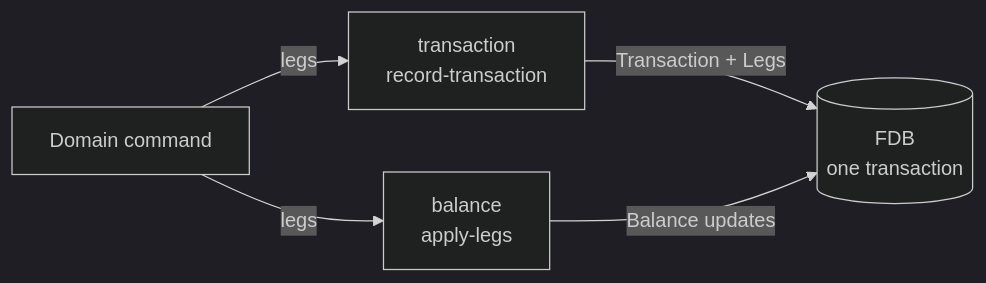
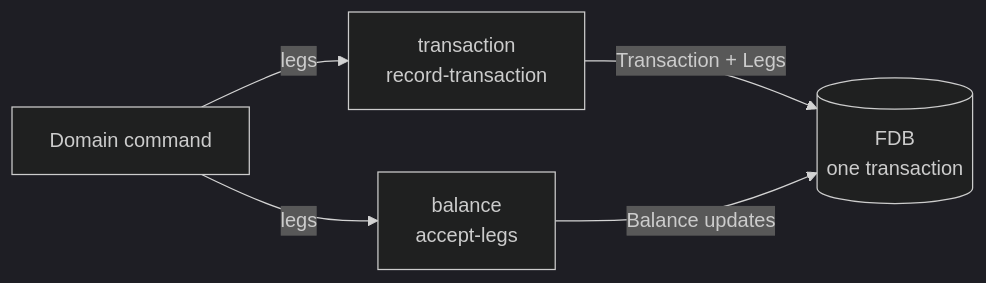
Before and after one commit to repldriven/queenswood: the diagram in docs/tdd/transactions-and-balances.md, drawn with Mermaid (dark theme). The commit also changed other lines of this file and 48 other files, not shown here.

First line of the commit message:
Sum suspense from its legs, have ledger accounts and balances accept a posting's legs, and require a leg's product type (#880)

````diff
--- a/docs/tdd/transactions-and-balances.md
+++ b/docs/tdd/transactions-and-balances.md
@@ -75,12 +74,12 @@
 ```mermaid
 graph LR
     CMD[Domain command]
     TX["transaction<br/>record-transaction"]
-    BAL["balance<br/>apply-legs"]
+    BAL["balance<br/>accept-legs"]
     FDB[("FDB<br/>one transaction")]
 
     CMD -->|legs| TX
     CMD -->|legs| BAL
     TX -->|Transaction + Legs| FDB
     BAL -->|Balance updates| FDB
 ```
````
